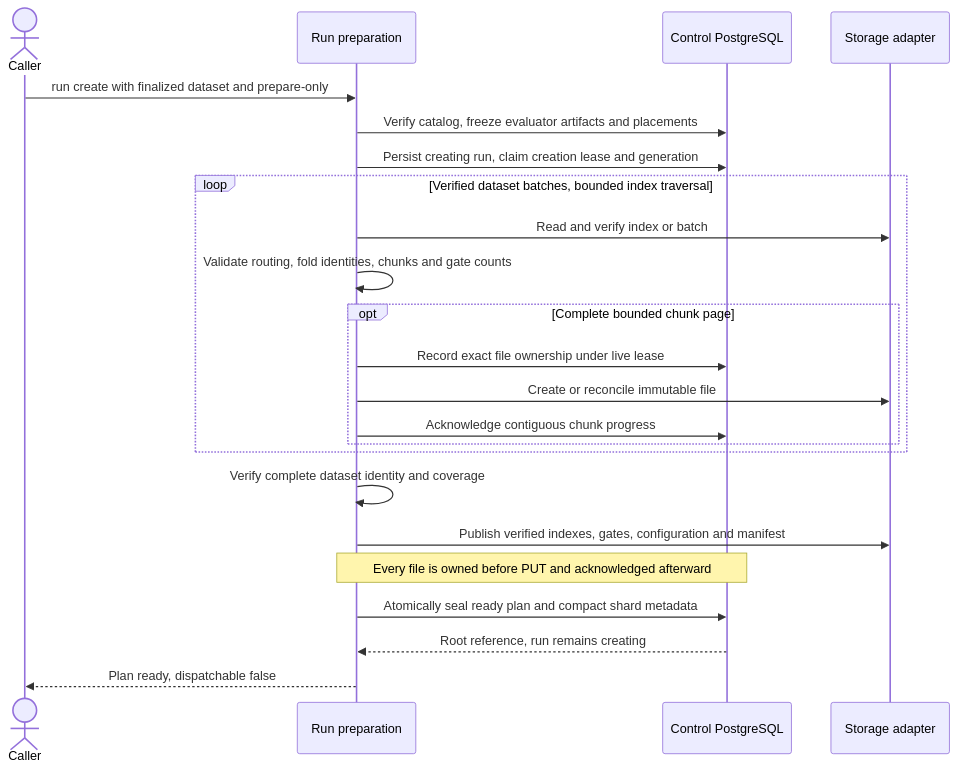
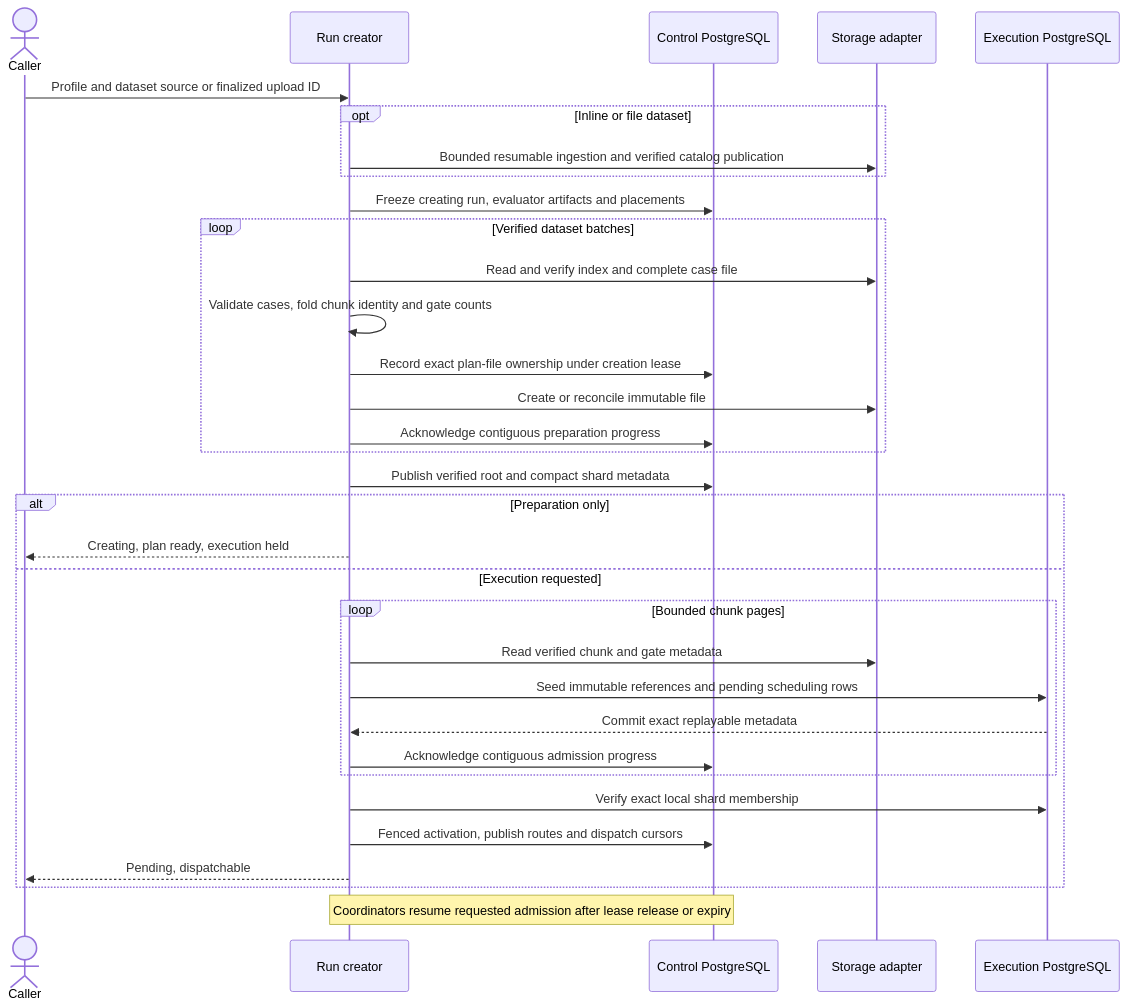
One commit to agent-vigilo/vigilo changed the diagram in web/docs/architecture/case-storage/preparation-flow.mmd. Above: the diagram before and after it, drawn with Mermaid. The commit also changed 112 other files, not shown here.

Commit message:
refactor worker run to use case blob storage

```diff
--- a/web/docs/architecture/case-storage/preparation-flow.mmd
+++ b/web/docs/architecture/case-storage/preparation-flow.mmd
@@ -1,23 +1,33 @@
 sequenceDiagram
     actor Caller
-    participant CLI as Run preparation
+    participant Creator as Run creator
     participant Control as Control PostgreSQL
     participant Objects as Storage adapter
-    Caller->>CLI: run create with finalized dataset and prepare-only
-    CLI->>Control: Verify catalog, freeze evaluator artifacts and placements
-    CLI->>Control: Persist creating run, claim creation lease and generation
-    loop Verified dataset batches, bounded index traversal
-        CLI->>Objects: Read and verify index or batch
-        CLI->>CLI: Validate routing, fold identities, chunks and gate counts
-        opt Complete bounded chunk page
-            CLI->>Control: Record exact file ownership under live lease
-            CLI->>Objects: Create or reconcile immutable file
-            CLI->>Control: Acknowledge contiguous chunk progress
+    participant Local as Execution PostgreSQL
+    Caller->>Creator: Profile and dataset source or finalized upload ID
+    opt Inline or file dataset
+        Creator->>Objects: Bounded resumable ingestion and verified catalog publication
+    end
+    Creator->>Control: Freeze creating run, evaluator artifacts and placements
+    loop Verified dataset batches
+        Creator->>Objects: Read and verify index and complete case file
+        Creator->>Creator: Validate cases, fold chunk identity and gate counts
+        Creator->>Control: Record exact plan-file ownership under creation lease
+        Creator->>Objects: Create or reconcile immutable file
+        Creator->>Control: Acknowledge contiguous preparation progress
+    end
+    Creator->>Control: Publish verified root and compact shard metadata
+    alt Preparation only
+        Creator-->>Caller: Creating, plan ready, execution held
+    else Execution requested
+        loop Bounded chunk pages
+            Creator->>Objects: Read verified chunk and gate metadata
+            Creator->>Local: Seed immutable references and pending scheduling rows
+            Local-->>Creator: Commit exact replayable metadata
+            Creator->>Control: Acknowledge contiguous admission progress
         end
+        Creator->>Local: Verify exact local shard membership
+        Creator->>Control: Fenced activation, publish routes and dispatch cursors
+        Creator-->>Caller: Pending, dispatchable
     end
-    CLI->>CLI: Verify complete dataset identity and coverage
-    CLI->>Objects: Publish verified indexes, gates, configuration and manifest
-    Note over CLI,Control: Every file is owned before PUT and acknowledged afterward
-    CLI->>Control: Atomically seal ready plan and compact shard metadata
-    Control-->>CLI: Root reference, run remains creating
-    CLI-->>Caller: Plan ready, dispatchable false
+    Note over Creator,Control: Coordinators resume requested admission after lease release or expiry
```
